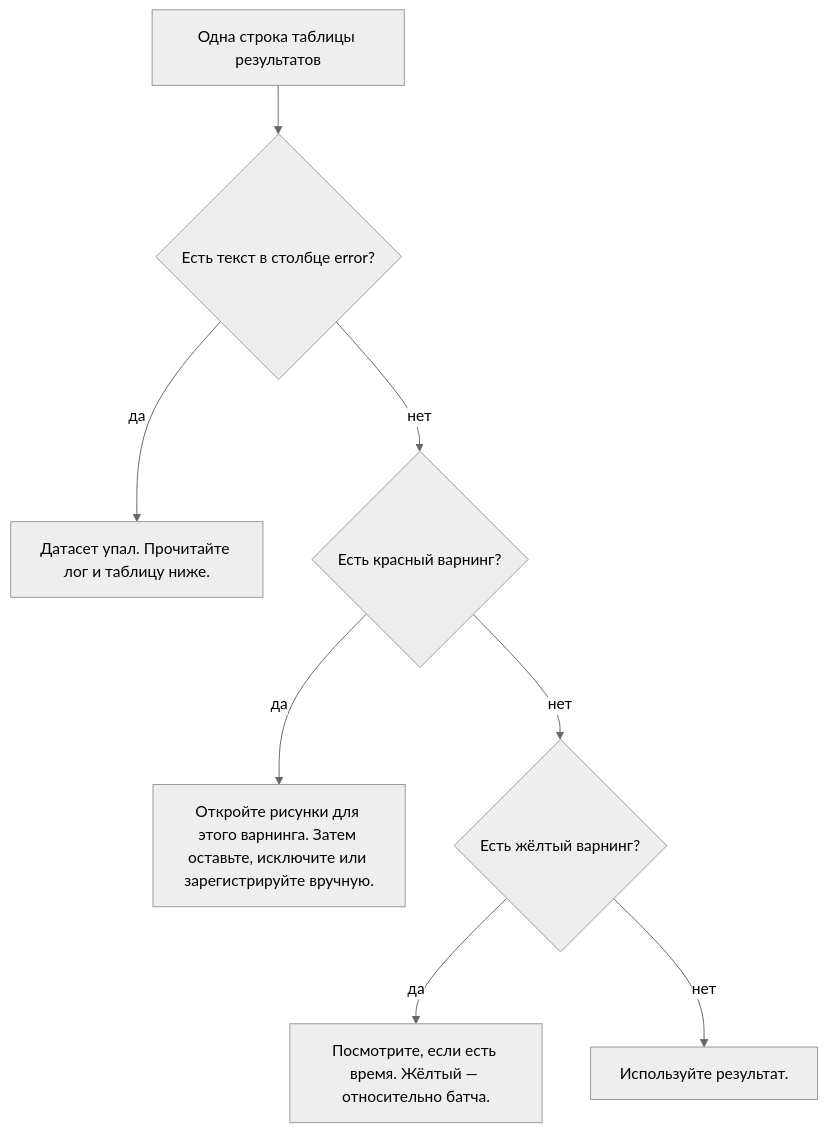
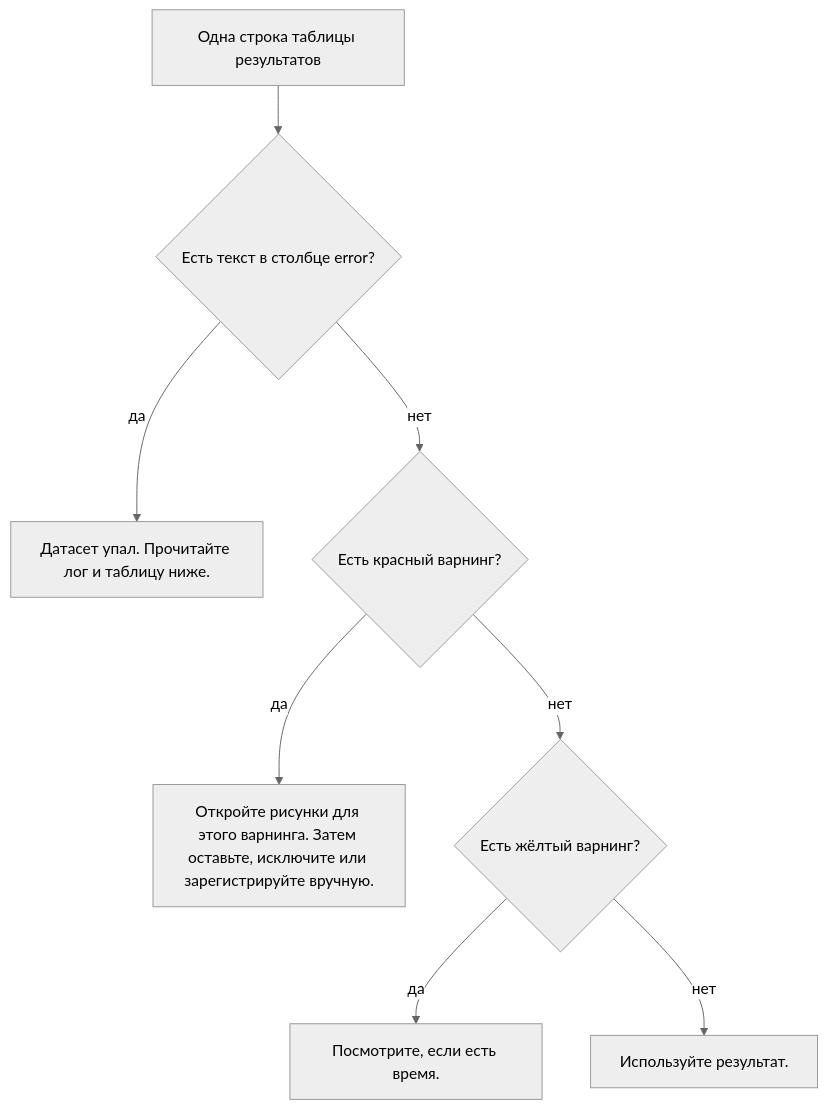
One commit to iabs-neuro/CellRegBatch changed the diagram in Docs/GUIDE_ru.md. Above: the diagram before and after it, drawn with Mermaid (neutral theme). The commit also changed other lines of this file and 8 other files, not shown here.

````diff
--- a/Docs/GUIDE_ru.md
+++ b/Docs/GUIDE_ru.md
@@ -172,10 +192,10 @@
 ```mermaid
 flowchart TD
     ROW["Одна строка таблицы результатов"] --> ERR{"Есть текст в столбце error?"}
     ERR -->|да| FAIL["Датасет упал. Прочитайте лог и таблицу ниже."]
     ERR -->|нет| RED{"Есть красный варнинг?"}
     RED -->|да| LOOK["Откройте рисунки для этого варнинга. Затем оставьте, исключите или зарегистрируйте вручную."]
     RED -->|нет| YEL{"Есть жёлтый варнинг?"}
-    YEL -->|да| MAYBE["Посмотрите, если есть время. Жёлтый — относительно батча."]
+    YEL -->|да| MAYBE["Посмотрите, если есть время."]
     YEL -->|нет| OK["Используйте результат."]
 ```
````
